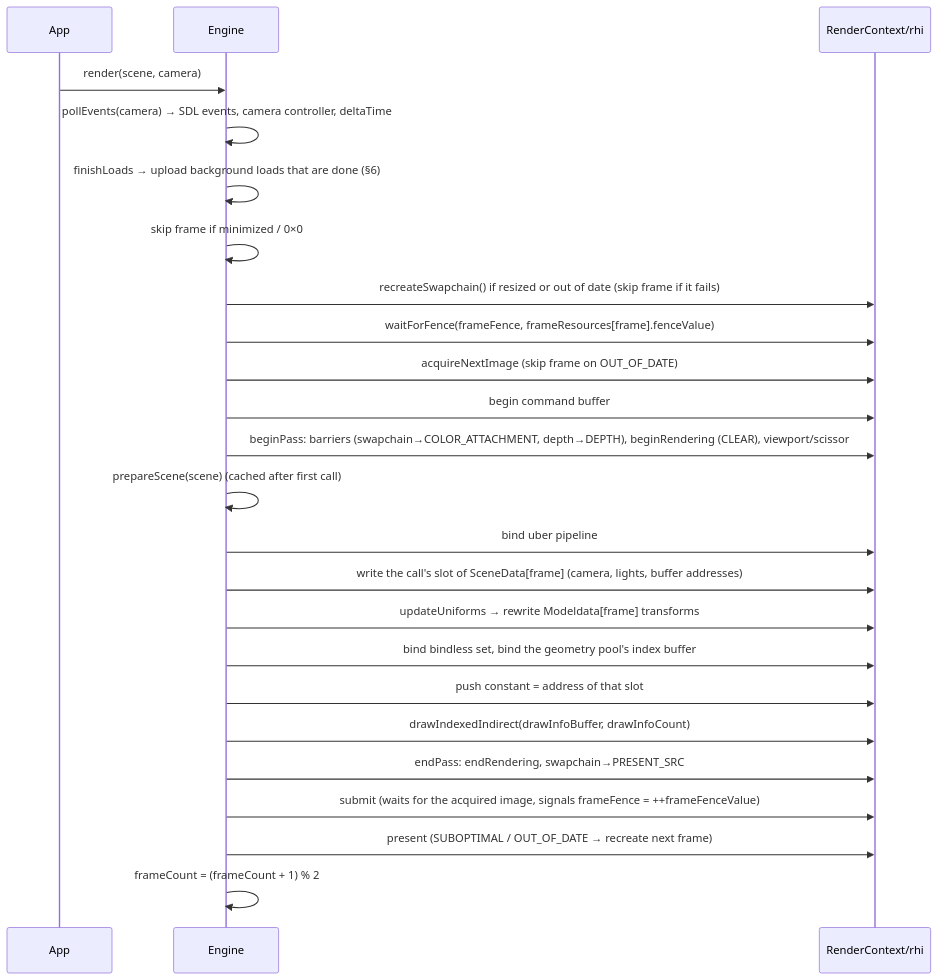
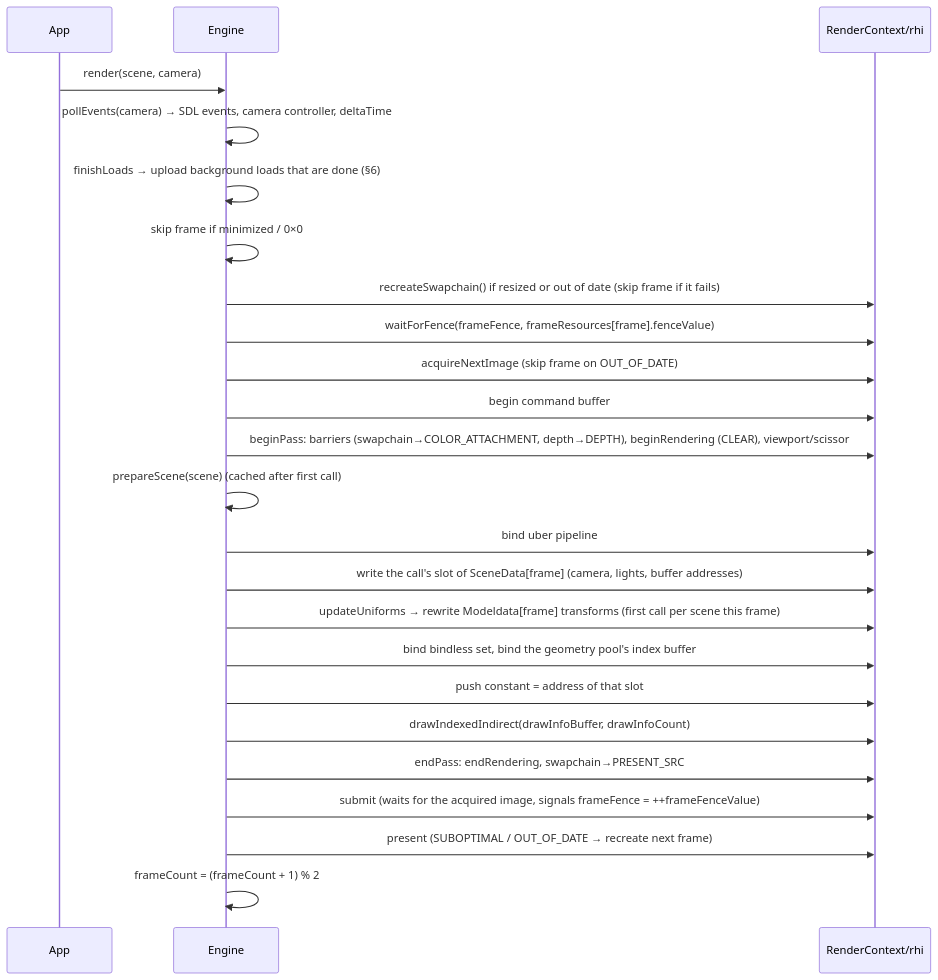
One commit to adel-elmala/rasm changed the second of 3 diagrams in docs/architecture.md. Above: the diagram before and after it, drawn with Mermaid. The commit also changed other lines of this file and 18 other files, not shown here.

````diff
--- a/docs/architecture.md
+++ b/docs/architecture.md
@@ -81,26 +81,26 @@
 ```mermaid
 sequenceDiagram
     participant App
     participant E as Engine
     participant C as RenderContext/rhi
     App->>E: render(scene, camera)
     E->>E: pollEvents(camera) → SDL events, camera controller, deltaTime
     E->>E: finishLoads → upload background loads that are done (§6)
     E->>E: skip frame if minimized / 0×0
     E->>C: recreateSwapchain() if resized or out of date (skip frame if it fails)
     E->>C: waitForFence(frameFence, frameResources[frame].fenceValue)
     E->>C: acquireNextImage (skip frame on OUT_OF_DATE)
     E->>C: begin command buffer
     E->>C: beginPass: barriers (swapchain→COLOR_ATTACHMENT, depth→DEPTH), beginRendering (CLEAR), viewport/scissor
     E->>E: prepareScene(scene) (cached after first call)
     E->>C: bind uber pipeline
     E->>C: write the call's slot of SceneData[frame] (camera, lights, buffer addresses)
-    E->>C: updateUniforms → rewrite Modeldata[frame] transforms
+    E->>C: updateUniforms → rewrite Modeldata[frame] transforms (first call per scene this frame)
     E->>C: bind bindless set, bind the geometry pool's index buffer
     E->>C: push constant = address of that slot
     E->>C: drawIndexedIndirect(drawInfoBuffer, drawInfoCount)
     E->>C: endPass: endRendering, swapchain→PRESENT_SRC
     E->>C: submit (waits for the acquired image, signals frameFence = ++frameFenceValue)
     E->>C: present (SUBOPTIMAL / OUT_OF_DATE → recreate next frame)
     E->>E: frameCount = (frameCount + 1) % 2
 ```
````
